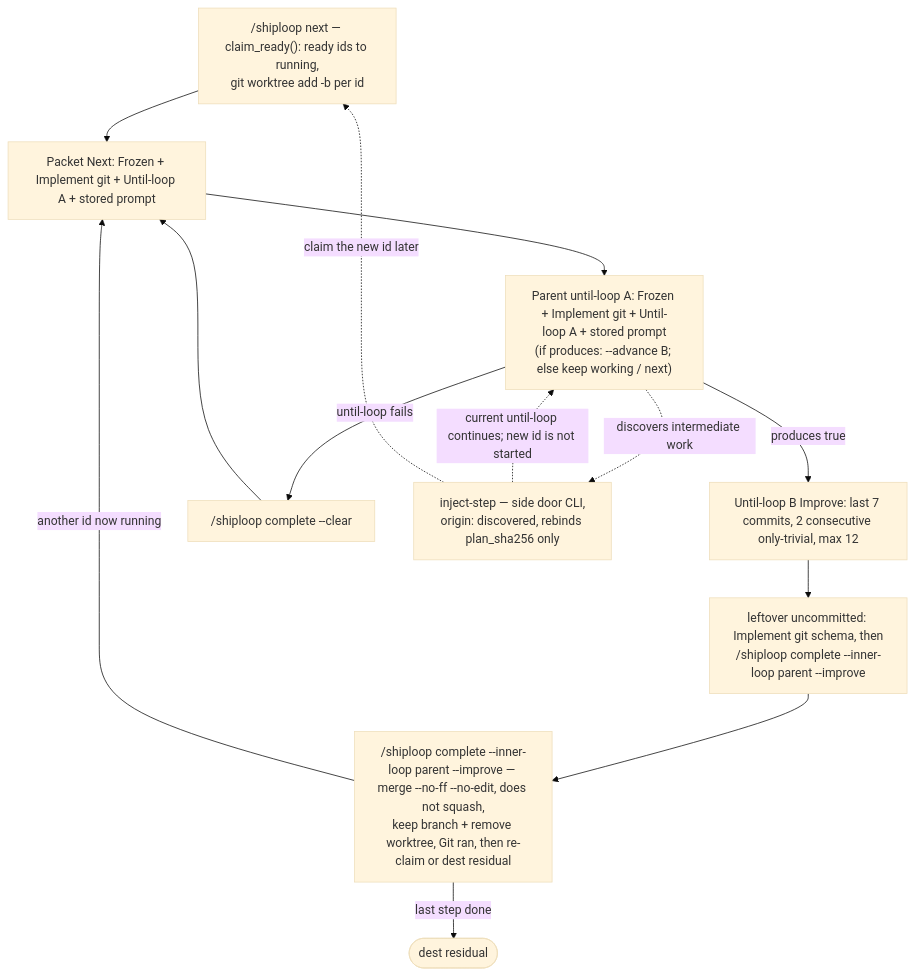
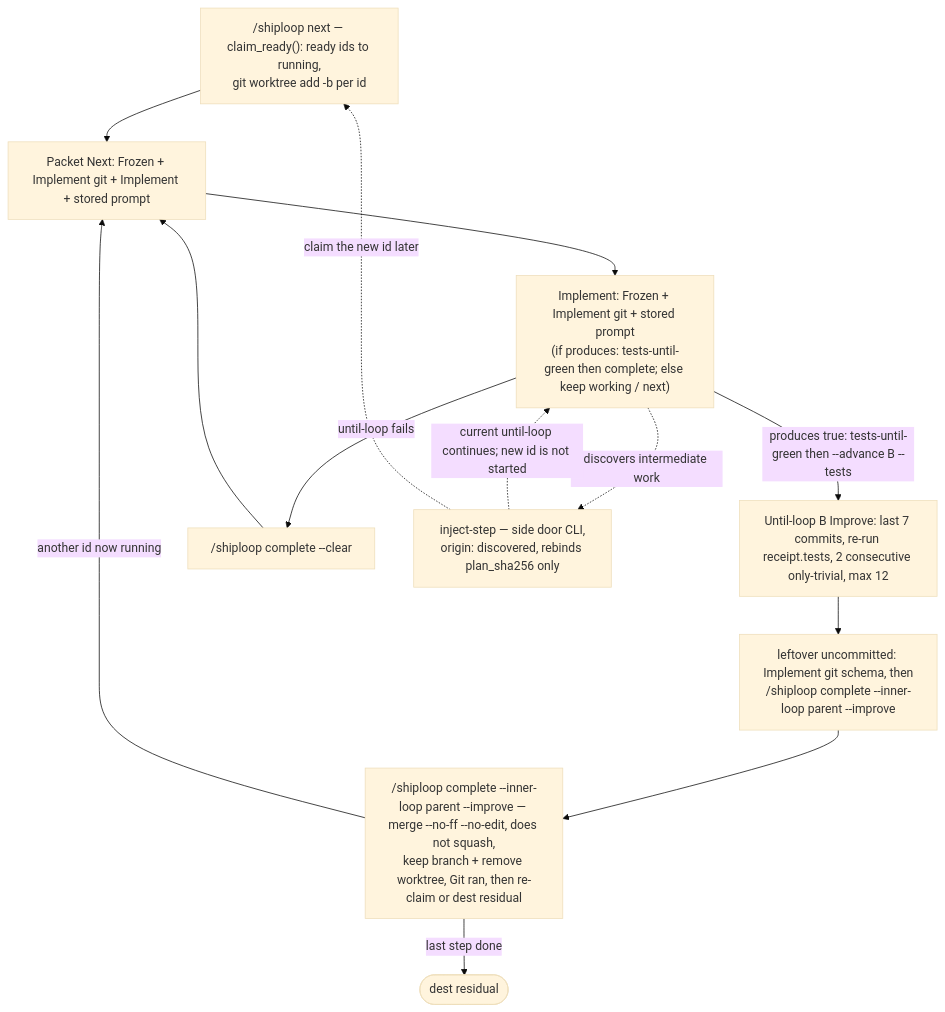
One commit to whichguy/skill-craft changed the fourth of 5 diagrams in plugins/shiploop/skills/shiploop/README.md. Above: the diagram before and after it, drawn with Mermaid (base theme). The commit also changed other lines of this file and 26 other files, not shown here.

First line of the commit message:
ShipLoop 0.8.27: infer complete from receipt; skill only starts and continues.

````diff
--- a/plugins/shiploop/skills/shiploop/README.md
+++ b/plugins/shiploop/skills/shiploop/README.md
@@ -358,15 +361,15 @@
 ```mermaid
 flowchart TD
-  next["/shiploop next — claim_ready(): ready ids to running,\ngit worktree add -b per id"] --> printed["Packet Next: Frozen + Implement git + Until-loop A + stored prompt"]
-  printed --> gwork["Parent until-loop A: Frozen + Implement git + Until-loop A + stored prompt\n(if produces: --advance B; else keep working / next)"]
-  gwork -->|produces true| improve["Until-loop B Improve: last 7 commits, 2 consecutive only-trivial, max 12"]
+  next["/shiploop next — claim_ready(): ready ids to running,\ngit worktree add -b per id"] --> printed["Packet Next: Frozen + Implement git + Implement + stored prompt"]
+  printed --> gwork["Implement: Frozen + Implement git + stored prompt\n(if produces: tests-until-green then complete; else keep working / next)"]
+  gwork -->|produces true: tests-until-green then --advance B --tests| improve["Until-loop B Improve: last 7 commits, re-run receipt.tests, 2 consecutive only-trivial, max 12"]
   improve --> cm["leftover uncommitted: Implement git schema, then\n/shiploop complete --inner-loop parent --improve"]
   cm --> complete["/shiploop complete --inner-loop parent --improve — merge --no-ff --no-edit, does not squash,\nkeep branch + remove worktree, Git ran, then re-claim or dest residual"]
   complete -->|another id now running| printed
   complete -->|last step done| residual([dest residual])
   gwork -->|until-loop fails| clear["/shiploop complete --clear"]
   clear --> printed
   gwork -.->|discovers intermediate work| inject["inject-step — side door CLI,\norigin: discovered, rebinds plan_sha256 only"]
   inject -.->|current until-loop continues; new id is not started| gwork
   inject -.->|claim the new id later| next
 ```
````
